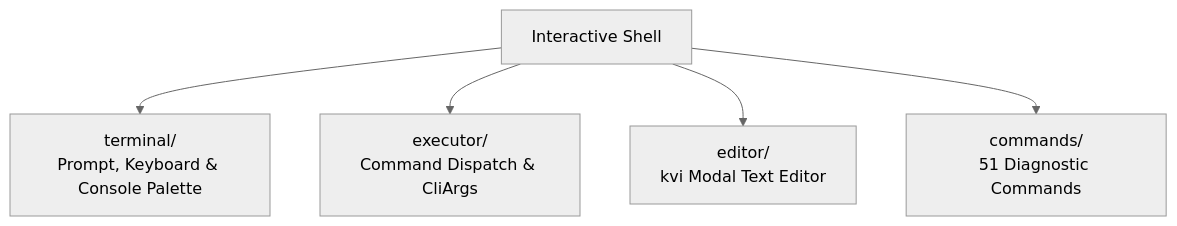
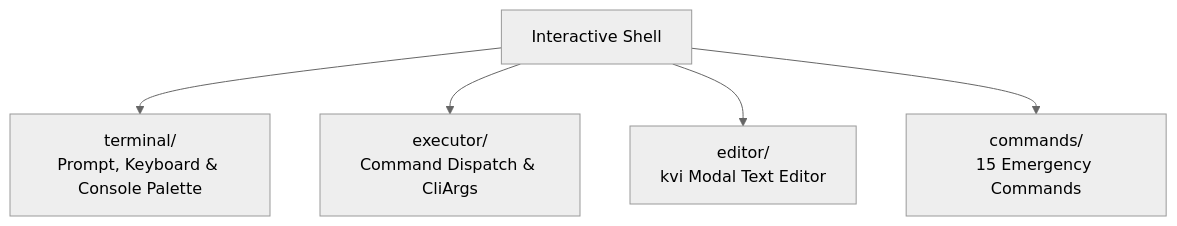
Before and after one commit to mrvlous/keira: the diagram in docs/shell/README.md, drawn with Mermaid (neutral theme). The commit also changed other lines of this file and 9 other files, not shown here.

Commit message:
docs(shell): update shell commands reference manual and remove net/sec references

````diff
--- a/docs/shell/README.md
+++ b/docs/shell/README.md
@@ -11,7 +11,7 @@
 ```mermaid
 graph TD
     Shell["Interactive Shell"] --> Terminal["terminal/<br/>Prompt, Keyboard & Console Palette"]
     Shell --> Executor["executor/<br/>Command Dispatch & CliArgs"]
     Shell --> Editor["editor/<br/>kvi Modal Text Editor"]
-    Shell --> Cmds["commands/<br/>51 Diagnostic Commands"]
+    Shell --> Cmds["commands/<br/>15 Emergency Commands"]
 ```
````
